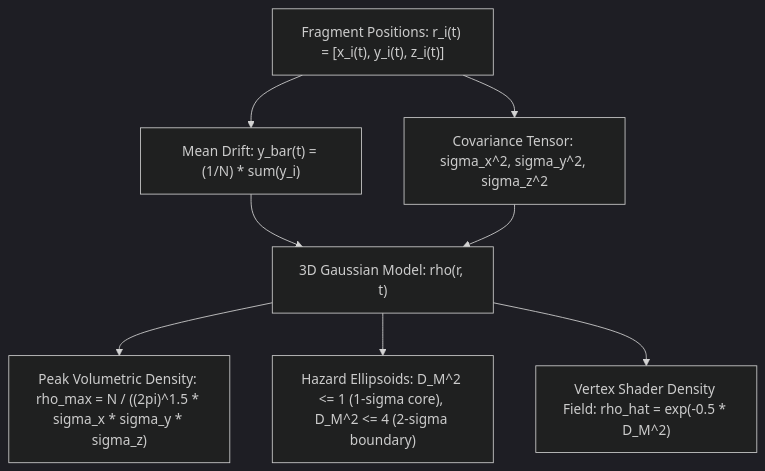
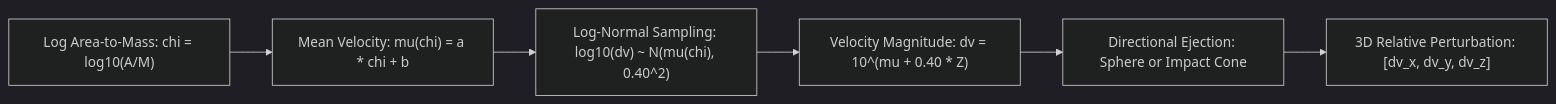
The fourth of 5 diagrams in docs/breakup_model_mathematical_specification.md (tmokazaki/sbm-visualizer), drawn with Mermaid (dark theme) before and after one commit. The commit also changed other lines of this file and 4 other files, not shown here.

````diff
--- a/docs/breakup_model_mathematical_specification.md
+++ b/docs/breakup_model_mathematical_specification.md
@@ -179,10 +244,8 @@
 ```mermaid
-flowchart TD
-    Frags["Fragment Positions: r_i(t) = [x_i(t), y_i(t), z_i(t)]"] --> Mean["Mean Drift: y_bar(t) = (1/N) * sum(y_i)"]
-    Frags --> Cov["Covariance Tensor: sigma_x^2, sigma_y^2, sigma_z^2"]
-    Mean --> Gauss["3D Gaussian Model: rho(r, t)"]
-    Cov --> Gauss
-    Gauss --> Peak["Peak Volumetric Density: rho_max = N / ((2pi)^1.5 * sigma_x * sigma_y * sigma_z)"]
-    Gauss --> Ellip["Hazard Ellipsoids: D_M^2 <= 1 (1-sigma core), D_M^2 <= 4 (2-sigma boundary)"]
-    Gauss --> Shader["Vertex Shader Density Field: rho_hat = exp(-0.5 * D_M^2)"]
+flowchart LR
+    Chi["Log Area-to-Mass: chi = log10(A/M)"] --> MuCalc["Mean Velocity: mu(chi) = a * chi + b"]
+    MuCalc --> LogNorm["Log-Normal Sampling: log10(dv) ~ N(mu(chi), 0.40^2)"]
+    LogNorm --> DvMag["Velocity Magnitude: dv = 10^(mu + 0.40 * Z)"]
+    DvMag --> Dir["Directional Ejection: Sphere or Impact Cone"]
+    Dir --> State["3D Relative Perturbation: [dv_x, dv_y, dv_z]"]
 ```
````
